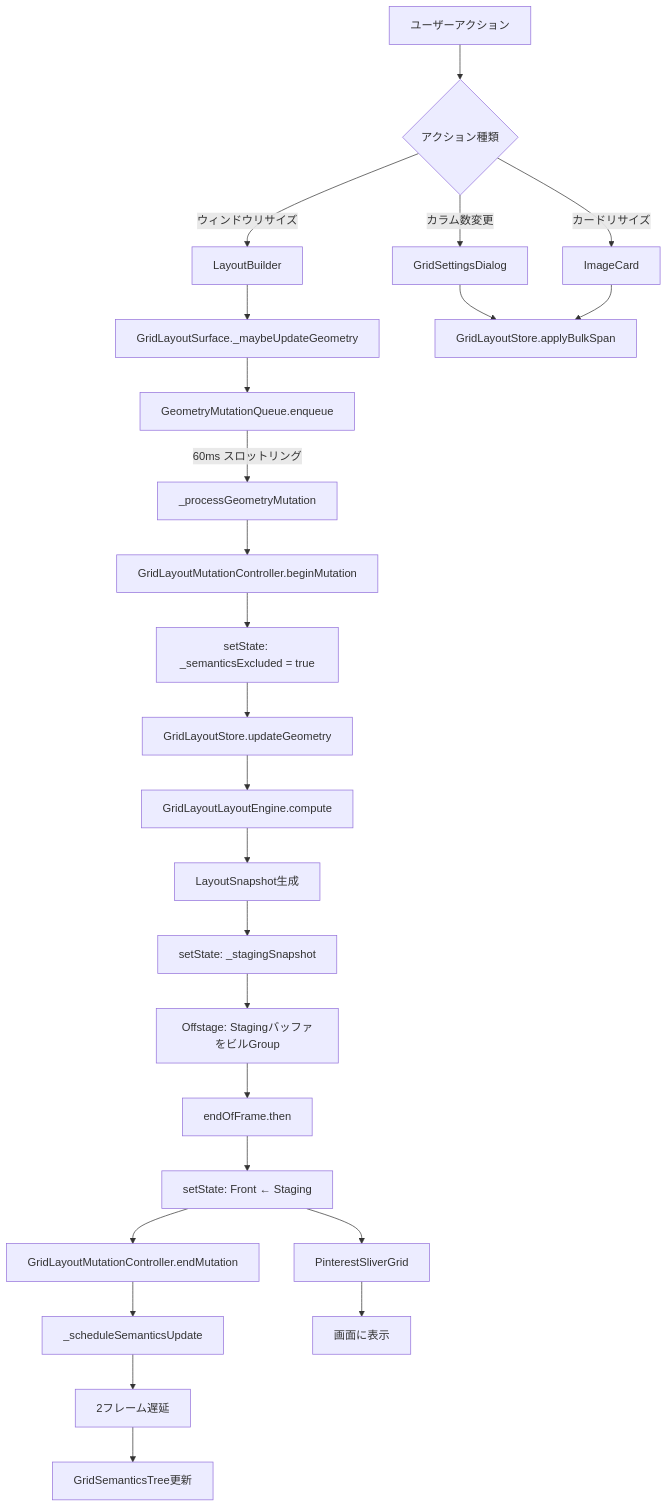
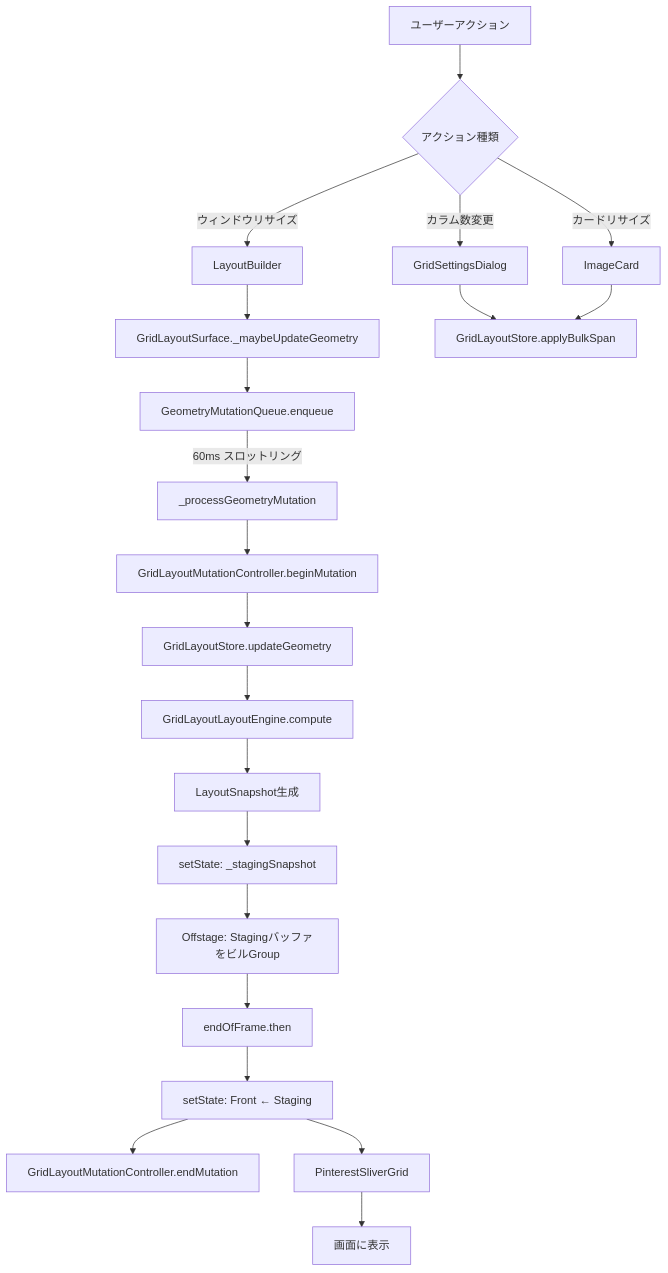
One commit to lietsee/clip-pix changed the second of 10 diagrams in docs/architecture/grid_rendering_pipeline.md. Above: the diagram before and after it, drawn with Mermaid. The commit also changed other lines of this file and 14 other files, not shown here.

````diff
--- a/docs/architecture/grid_rendering_pipeline.md
+++ b/docs/architecture/grid_rendering_pipeline.md
@@ -90,34 +85,30 @@
 ```mermaid
 flowchart TD
     A[ユーザーアクション] --> B{アクション種類}
     B -->|ウィンドウリサイズ| C[LayoutBuilder]
     B -->|カラム数変更| D[GridSettingsDialog]
     B -->|カードリサイズ| E[ImageCard]
 
     C --> F[GridLayoutSurface._maybeUpdateGeometry]
     D --> G[GridLayoutStore.applyBulkSpan]
     E --> G
 
     F --> H[GeometryMutationQueue.enqueue]
     H -->|60ms スロットリング| I[_processGeometryMutation]
 
     I --> J[GridLayoutMutationController.beginMutation]
-    J --> K[setState: _semanticsExcluded = true]
-    K --> L[GridLayoutStore.updateGeometry]
+    J --> L[GridLayoutStore.updateGeometry]
 
     L --> M[GridLayoutLayoutEngine.compute]
     M --> N[LayoutSnapshot生成]
 
     N --> O[setState: _stagingSnapshot]
     O --> P[Offstage: StagingバッファをビルGroup]
     P --> Q[endOfFrame.then]
     Q --> R[setState: Front ← Staging]
 
     R --> S[GridLayoutMutationController.endMutation]
-    S --> T[_scheduleSemanticsUpdate]
-    T --> U[2フレーム遅延]
-    U --> V[GridSemanticsTree更新]
 
     R --> W[PinterestSliverGrid]
     W --> X[画面に表示]
 ```
````
